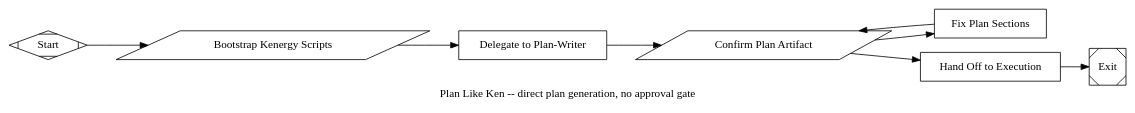
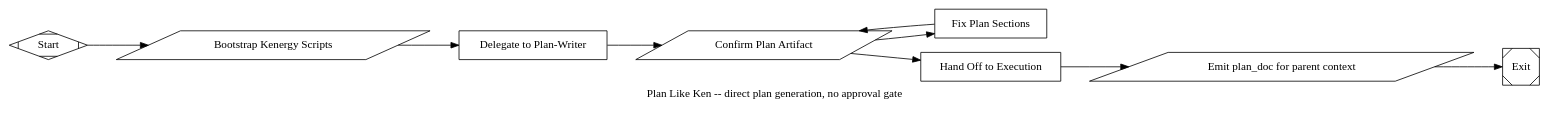
Before and after one commit to kenotron-ms/amplifier-bundle-kenergy: the diagram in pipelines/plan_like_ken/plan_like_ken.dot, drawn with Graphviz. The commit also changed 3 other files, not shown here.

```diff
--- a/pipelines/plan_like_ken/plan_like_ken.dot
+++ b/pipelines/plan_like_ken/plan_like_ken.dot
@@ -1,106 +1,121 @@
 // plan_like_ken.dot
 //
 // Top-level attractor pipeline for /plan-like-ken: turn an approved design
 // directly into an executable plan. No plan-approval gate, no task-by-task
 // negotiation -- design approval (from think_like_ken.dot) was the planning
 // authorization.
 //
 // Source of truth: modes/plan-like-ken.md ("Design approval is the planning
 // authorization. Do not negotiate task breakdown... There is no
 // plan-approval gate and no task-by-task negotiation."), agents/plan-writer.md
 // (Global Constraints, Interfaces, per-task Description/Goal/Specification/
 // Acceptance Criteria/Model Roles contract).
 //
 // DESIGN ORDER (docs/primer.md §3):
 //   1. THE SINK: docs/plans/<date>-<feature>-implementation.md exists AND
 //      demonstrably contains every section the executor
 //      (subagent-driven-development.yaml) requires and validates as
 //      non-empty per task -- not merely "the plan-writer said it wrote one."
 //   2. THE GATE: ConfirmPlanArtifact is a deterministic parallelogram that
 //      greps the actual file for the required section headers per task
 //      (Description/Goal/Specification/Acceptance Criteria/Interfaces/Model
 //      Roles) plus the plan-wide Global Constraints block -- never trusts
 //      the plan-writer's own "plan_done" claim as proof the sections exist.
 //   3. THE LOOP: this pipeline has exactly one cycle by design (RUBRIC.md
 //      §1: "no cycle + LLM judgment = should probably have been a recipe").
 //      Plan-writer is unambiguously an LLM judgment node (it decides task
 //      breakdown, model roles, verification methods) -- so a missing/
 //      malformed section routes back to FixPlanArtifact with the exact gap
 //      named, not a bare failure.
 //   4. THE WORK NODES were written last: DelegatePlanWriter,
 //      ConfirmPlanArtifact, FixPlanArtifact, HandoffToExecution.
 //
 // No skill in this bundle's skill set maps to a subgraph here -- plan-like-ken
 // is a single, direct, unnegotiated delegation to one agent. Forcing a
 // persona-lens or verification-discipline subgraph into this graph would be
 // exactly the kind of unnecessary structure cranky-old-sam's own skill
 // argues against; this pipeline stays minimal because the task is minimal.
 //
 // Context inputs:
 //   $design_doc - path to the approved design document (from think_like_ken.dot)
 //
 // Context outputs:
 //   plan.plan_doc - path to the saved, validated implementation plan
 
 digraph plan_like_ken {
   graph [
     label="Plan Like Ken -- direct plan generation, no approval gate",
     goal="$design_doc",
     rankdir=LR,
     default_max_retry=2,
     default_fidelity="summary:high",
     model_stylesheet="* { llm_model: claude-sonnet-4-6; llm_provider: anthropic; }"
   ];
 
   Start [shape=Mdiamond, label="Start"];
   // --- Bootstrap: fetch amplifier-bundle-kenergy's scripts/ so downstream
   // tool_command nodes can shell out to them by an addressable path. Needed
   // because scripts/*.py never travels with a remotely-fetched .dot file
   // (materialize_remote_dot only fetches dot_file= targets, never files
   // referenced only inside a tool_command string), and a tool node's CWD in
   // some execution environments (e.g. a Resolve worker) is the *target*
   // workspace repo, not this repo -- so a bare relative "scripts/..." or
   // "../../scripts/..." path is not reliably resolvable. Idempotent (skips
   // the clone if already present) so re-running this node, or reaching it
   // both standalone and nested under kenergy_full_cycle.dot, is harmless.
   Bootstrap [
     shape=parallelogram, label="Bootstrap Kenergy Scripts", parse_json="true",
     tool_command="#!/bin/sh\nset -e\nREF=\"${kenergy_ref:-main}\"\nD=\"/tmp/kenergy-$REF\"\nif [ ! -d \"$D/.git\" ]; then\n  git clone --depth 1 --branch \"$REF\" https://github.com/kenotron-ms/amplifier-bundle-kenergy \"$D\" >&2\nfi\nprintf '{\"kenergy_root\":\"%s\"}' \"$D\""
   ];
   Exit  [shape=Msquare,  label="Exit"];
 
   // Faithful to agents/plan-writer.md's contract: Global Constraints,
   // Interfaces, and the full per-task field set, resolved by engineering
   // judgment -- not negotiated with the human.
   DelegatePlanWriter [
     shape=box, fidelity="full",
     label="Delegate to Plan-Writer",
     prompt="Read the approved design at $design_doc and repository conventions. Resolve implementation-level details with engineering judgment -- do not ask the human to confirm task breakdown, granularity, ordering, or file decomposition unless the design leaves a fact only they can supply.\n\nWrite $execution_root/docs/plans/<date>-<feature>-implementation.md with: a header (Goal/Architecture/Tech Stack/Verification approach), a '## Global Constraints' block capturing the design's project-wide requirements verbatim, and one '### Task N' section per task, each with non-empty Description/Goal/Specification/Acceptance Criteria/Files/Interfaces (Consumes/Produces)/Model Roles (implementation_model_role, review_model_role, escalated_model_role) and complete, copy-pasteable code -- no '// add your code here' placeholders. Write $execution_root/.resolve/plan/plan_path.txt with the saved path"
   ];
 
   // THE GATE -- never trust "plan_done" as proof the required sections exist.
   ConfirmPlanArtifact [
     shape=parallelogram, goal_gate=true, retry_target="DelegatePlanWriter", label="Confirm Plan Artifact",
     tool_command="#!/bin/sh\nset -e\npython3 ${kenergy_root}/scripts/confirm_plan_contract.py --plan-path-file ${execution_root}/.resolve/plan/plan_path.txt"
   ];
 
   FixPlanArtifact [
     shape=box, fidelity="full",
     label="Fix Plan Sections",
     prompt="ConfirmPlanArtifact found this plan does not yet satisfy the required contract: ${tool.last_output}\n\nRe-delegate to kenergy:plan-writer's own contract and fix exactly the named gaps -- do not rewrite unrelated sections. "
   ];
 
   HandoffToExecution [
     shape=box, fidelity="summary:high",
     label="Hand Off to Execution",
     prompt="Plan confirmed at $(cat $execution_root/.resolve/plan/plan_path.txt). Hand off directly to /build-like-ken (or subagent-driven-development.yaml) -- no approval prompt, no 'does this look right?' checkpoint. "
   ];
 
   Start                     -> Bootstrap;
   Bootstrap                 -> DelegatePlanWriter;
   DelegatePlanWriter    -> ConfirmPlanArtifact;
   ConfirmPlanArtifact   -> HandoffToExecution [condition="context.tool.last_line=contract_satisfied", weight="2"];
   ConfirmPlanArtifact   -> FixPlanArtifact    [condition="context.tool.last_line=contract_violated"];
   FixPlanArtifact       -> ConfirmPlanArtifact [loop_restart="true"];
-  HandoffToExecution    -> Exit;
+
+  // Bridge: PlanLikeKen's parent (kenergy_full_cycle.dot) declares
+  // outputs="plan.plan_doc" on this subgraph's folder node, but no node
+  // above ever emits a flat `plan_doc` context key -- only a FILE at
+  // .resolve/plan/plan_path.txt. Same class of bug as think_like_ken.dot's
+  // EmitDesignDocOutput (see that node's comment for the full mechanism):
+  // without this, context.plan.plan_doc is never set in the parent, and
+  // RenamePlanDocForBuild's ${plan.plan_doc} substitution is left as a
+  // literal unexpanded token, which the shell chokes on ("Bad substitution").
+  EmitPlanDocOutput [
+    shape=parallelogram, parse_json="true", label="Emit plan_doc for parent context",
+    tool_command="#!/bin/sh\nset -e\npath=$(cat ${execution_root}/.resolve/plan/plan_path.txt)\npython3 -c \"import json;print(json.dumps({'plan_doc': '$path'}))\""
+  ];
+
+  HandoffToExecution    -> EmitPlanDocOutput;
+  EmitPlanDocOutput     -> Exit;
 }
```
